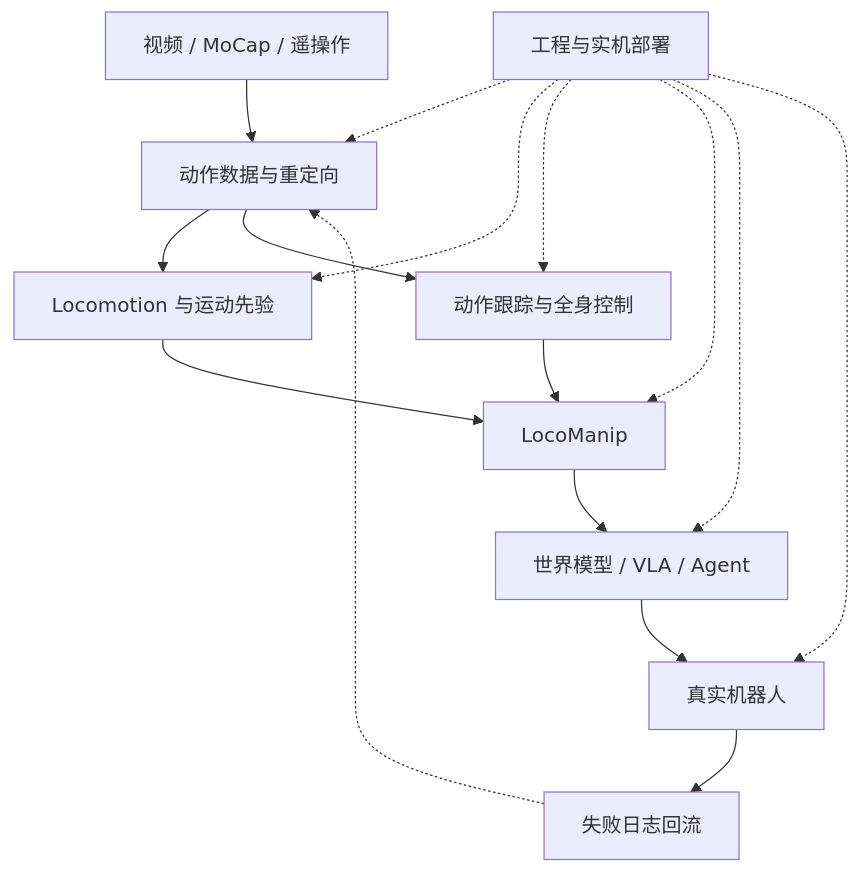
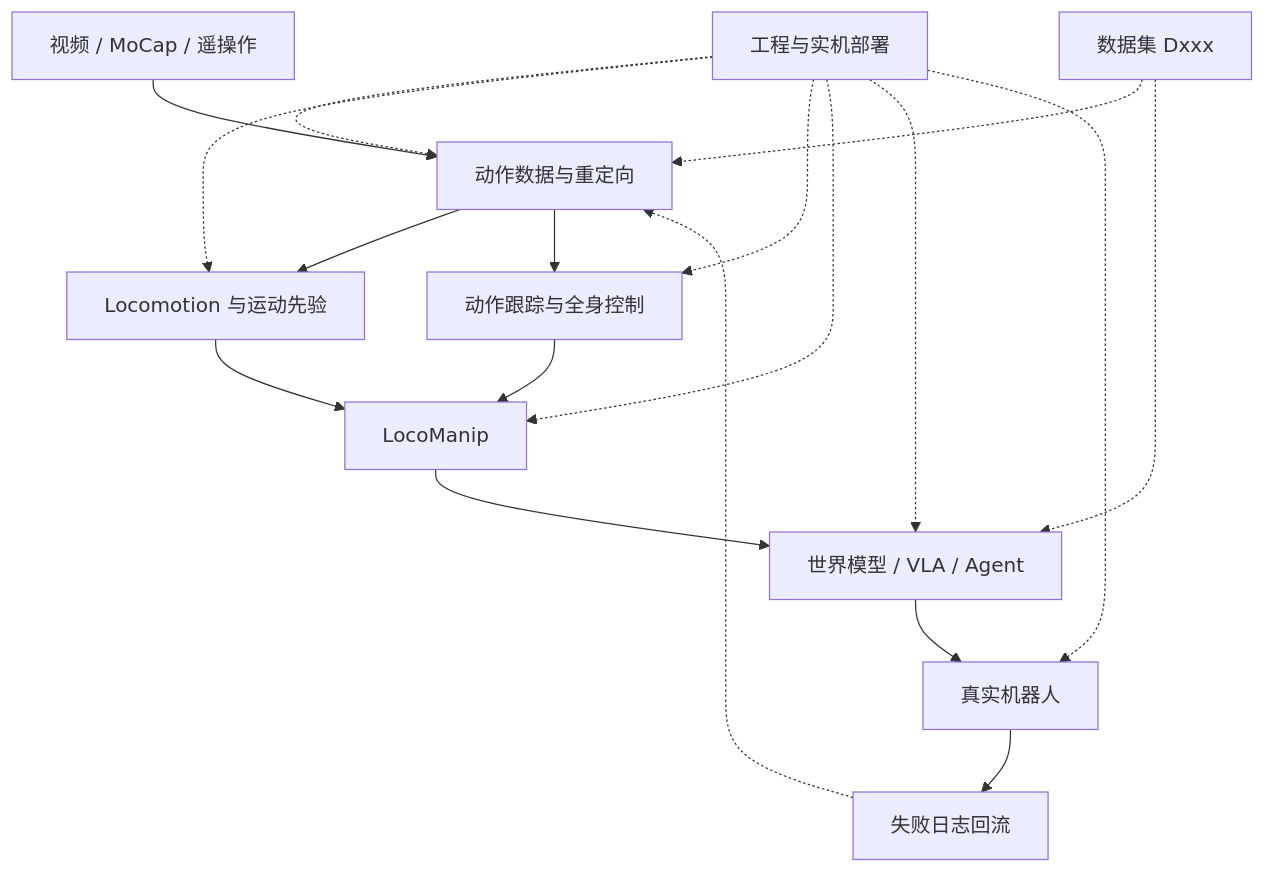
The diagram in wiki/entities/humanoid-motion-intelligence.md (ImChong/Robotics_Notebooks), drawn with Mermaid before and after one commit. The commit also changed other lines of this file and 17 other files, not shown here.

````diff
--- a/wiki/entities/humanoid-motion-intelligence.md
+++ b/wiki/entities/humanoid-motion-intelligence.md
@@ -71,18 +74,20 @@
 ```mermaid
 flowchart TB
   A["视频 / MoCap / 遥操作"] --> B["动作数据与重定向"]
   B --> C["Locomotion 与运动先验"]
   B --> D["动作跟踪与全身控制"]
   C --> E["LocoManip"]
   D --> E
   E --> F["世界模型 / VLA / Agent"]
   F --> G["真实机器人"]
   G --> H["失败日志回流"]
   H -.-> B
   I["工程与实机部署"] -.-> B
   I -.-> C
   I -.-> D
   I -.-> E
   I -.-> F
   I -.-> G
+  J["数据集 Dxxx"] -.-> B
+  J -.-> F
 ```
````
